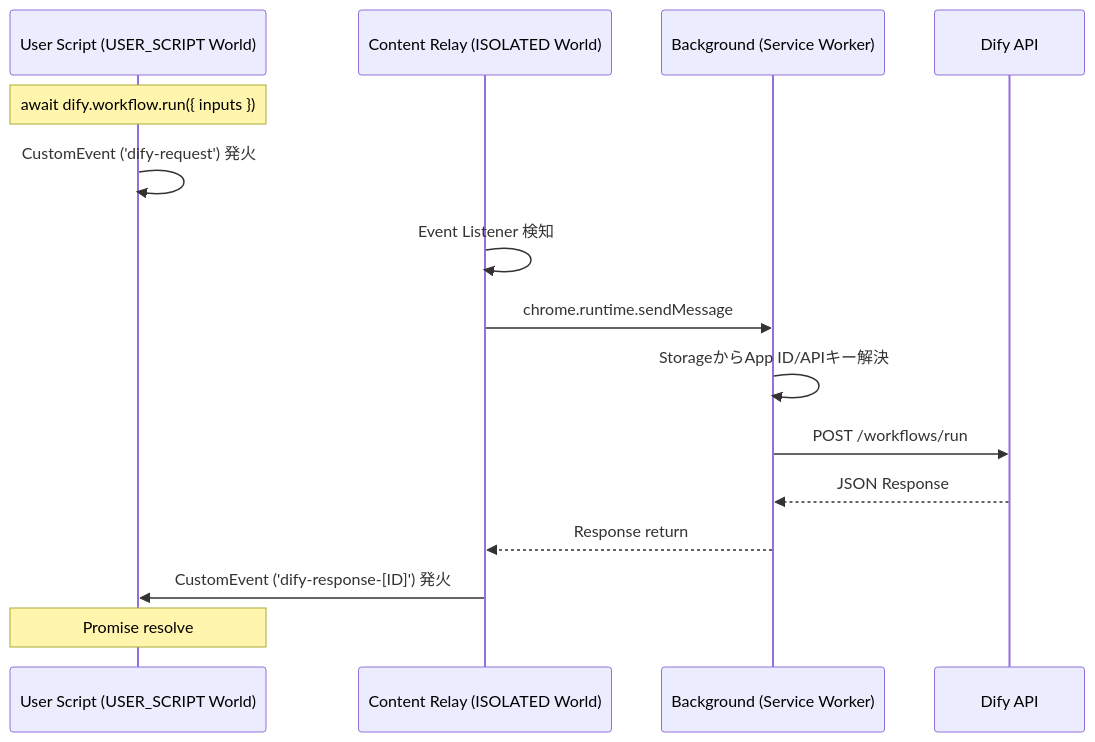
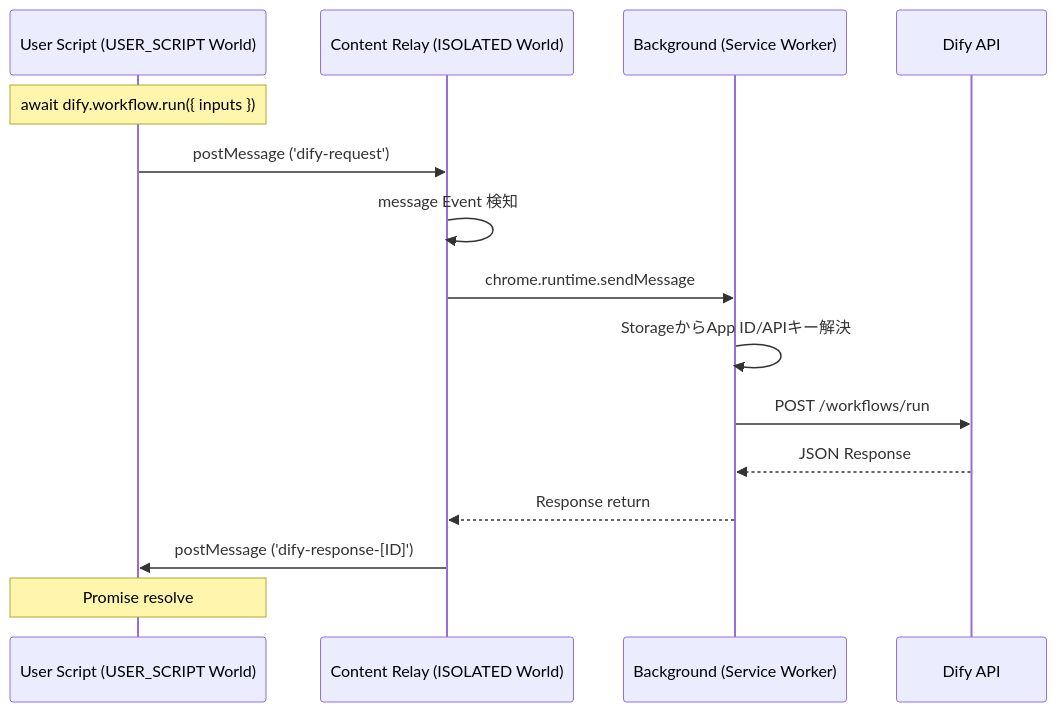
Before and after one commit to maru0014/dify-monkey: the first of 2 diagrams in DESIGN.md, drawn with Mermaid. The commit also changed other lines of this file, not shown here.

````diff
--- a/DESIGN.md
+++ b/DESIGN.md
@@ -51,19 +51,19 @@
 ```mermaid
 sequenceDiagram
     participant U as User Script (USER_SCRIPT World)
     participant C as Content Relay (ISOLATED World)
     participant B as Background (Service Worker)
     participant D as Dify API
 
     Note over U: await dify.workflow.run({ inputs })
-    U->>U: CustomEvent ('dify-request') 発火
-    C->>C: Event Listener 検知
+    U->>C: postMessage ('dify-request')
+    C->>C: message Event 検知
     C->>B: chrome.runtime.sendMessage
     B->>B: StorageからApp ID/APIキー解決
     B->>D: POST /workflows/run
     D-->>B: JSON Response
     B-->>C: Response return
-    C->>U: CustomEvent ('dify-response-[ID]') 発火
+    C->>U: postMessage ('dify-response-[ID]')
     Note over U: Promise resolve
 
 ```
````
